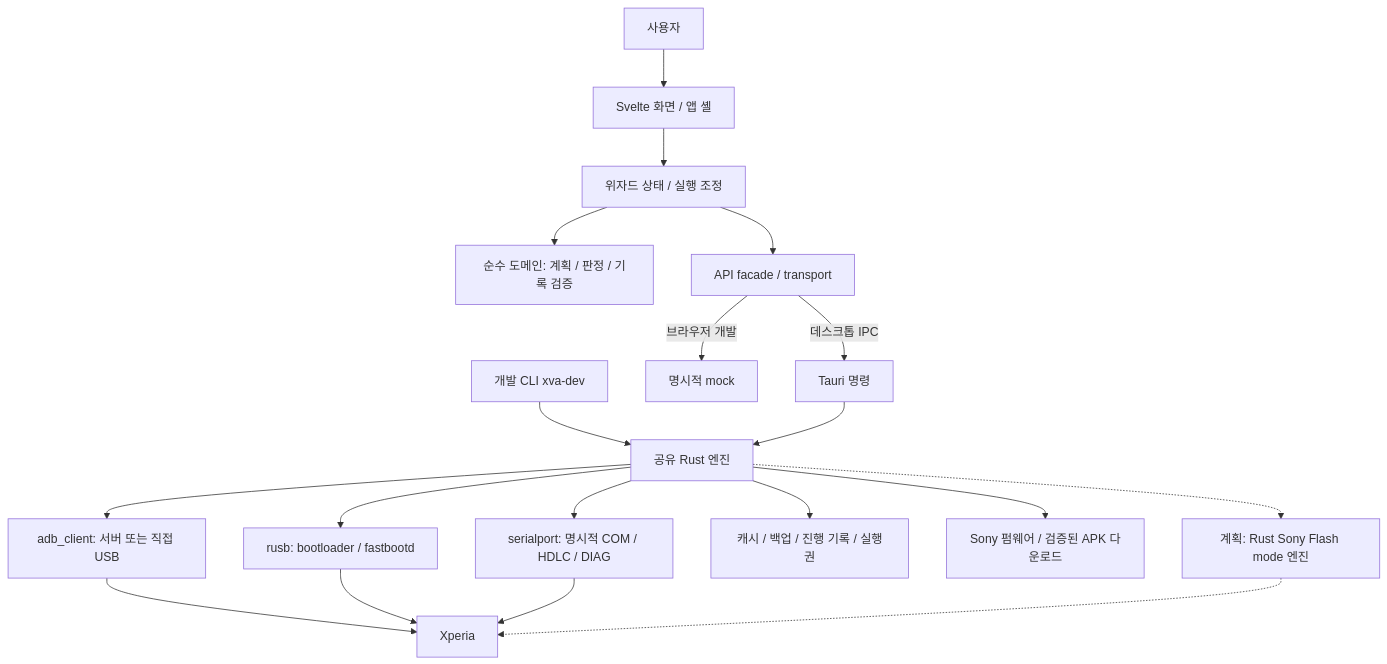
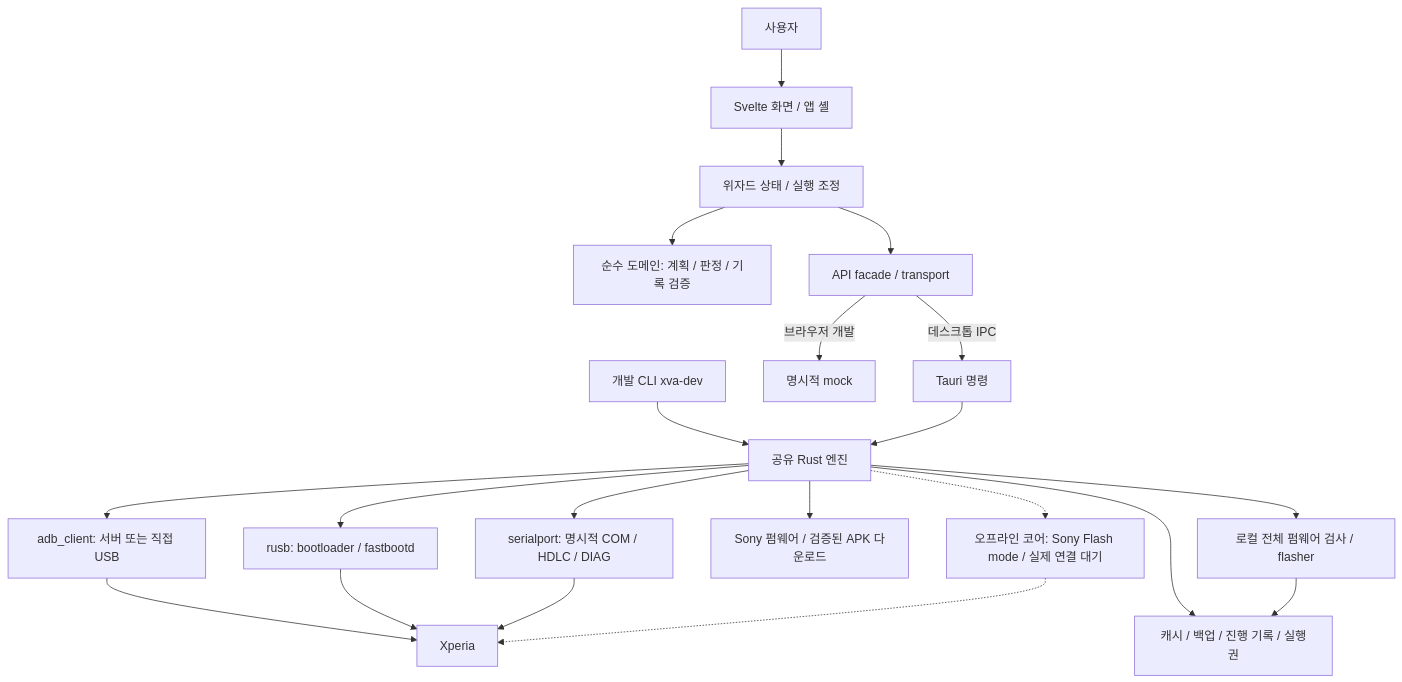
One commit to korjwl1/xperia-volte-activator changed the diagram in docs/structure/overview.md. Above: the diagram before and after it, drawn with Mermaid. The commit also changed other lines of this file and 29 other files, not shown here.

````diff
--- a/docs/structure/overview.md
+++ b/docs/structure/overview.md
@@ -7,21 +7,23 @@
 ```mermaid
 flowchart TB
   User[사용자] --> Views[Svelte 화면 / 앱 셸]
   Views --> Wizard[위자드 상태 / 실행 조정]
   Wizard --> Domain[순수 도메인: 계획 / 판정 / 기록 검증]
   Wizard --> Facade[API facade / transport]
   Facade -->|데스크톱 IPC| Commands[Tauri 명령]
   Facade -->|브라우저 개발| Mock[명시적 mock]
   CLI[개발 CLI xva-dev] --> Engine[공유 Rust 엔진]
   Commands --> Engine
   Engine --> ADB[adb_client: 서버 또는 직접 USB]
   Engine --> FB[rusb: bootloader / fastbootd]
   Engine --> DIAG[serialport: 명시적 COM / HDLC / DIAG]
   Engine --> PC[캐시 / 백업 / 진행 기록 / 실행권]
   ADB --> Phone[Xperia]
   FB --> Phone
   DIAG --> Phone
   Engine --> Download[Sony 펌웨어 / 검증된 APK 다운로드]
-  Engine -.-> Flasher[계획: Rust Sony Flash mode 엔진]
+  Engine --> Inspect[로컬 전체 펌웨어 검사 / flasher]
+  Inspect --> PC
+  Engine -.-> Flasher[오프라인 코어: Sony Flash mode / 실제 연결 대기]
   Flasher -.-> Phone
 ```
````
